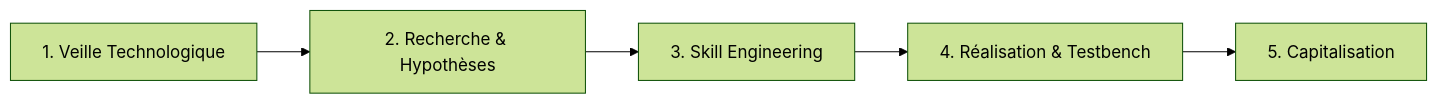
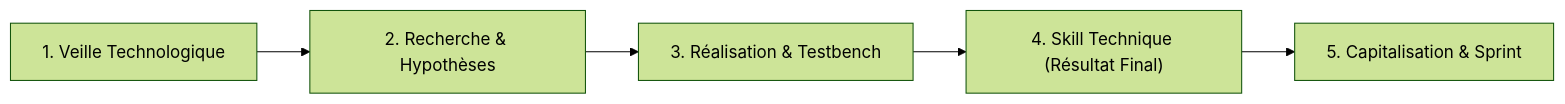
One commit to labs-agent-dev/lab-skills-framework changed the diagram in docs/01-demarche-realisation-lab.md. Above: the diagram before and after it, drawn with Mermaid (forest theme). The commit also changed other lines of this file and 7 other files, not shown here.

````diff
--- a/docs/01-demarche-realisation-lab.md
+++ b/docs/01-demarche-realisation-lab.md
@@ -4,7 +4,7 @@
 ```mermaid
 flowchart LR
     A["1. Veille Technologique"] --> B["2. Recherche & Hypothèses"]
-    B --> C["3. Skill Engineering"]
-    C --> D["4. Réalisation & Testbench"]
-    D --> E["5. Capitalisation"]
+    B --> C["3. Réalisation & Testbench"]
+    C --> D["4. Skill Technique (Résultat Final)"]
+    D --> E["5. Capitalisation & Sprint"]
 ```
````
